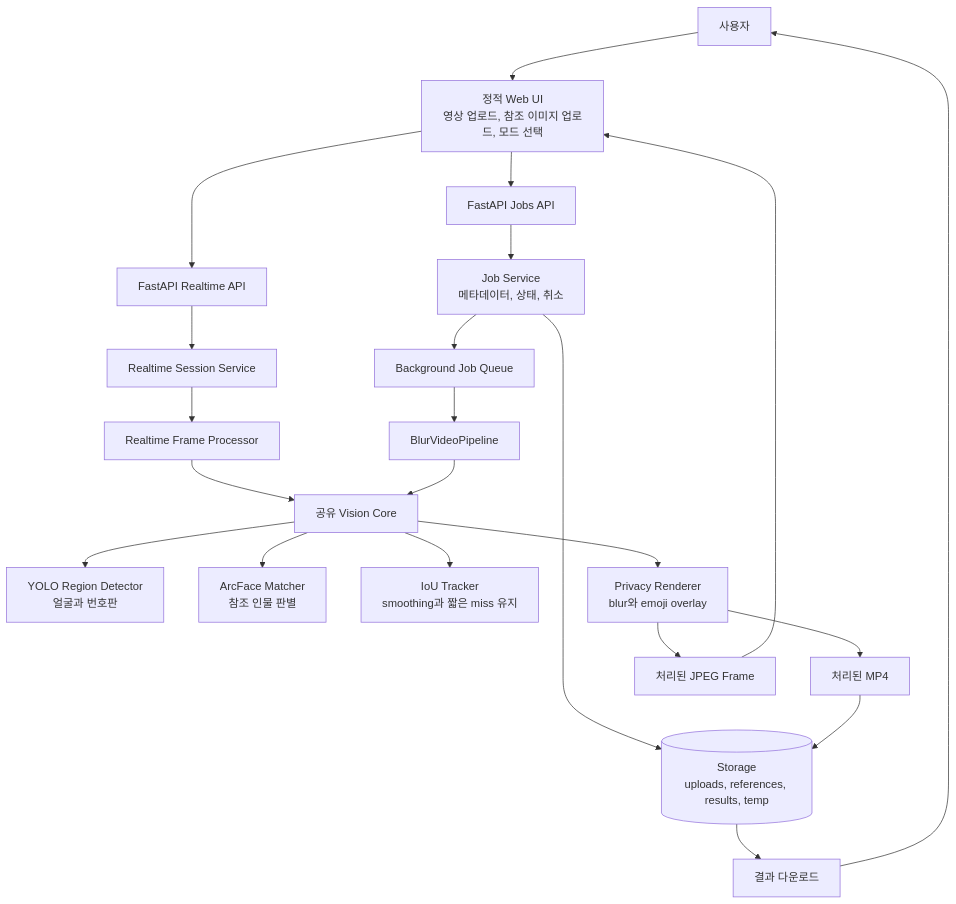
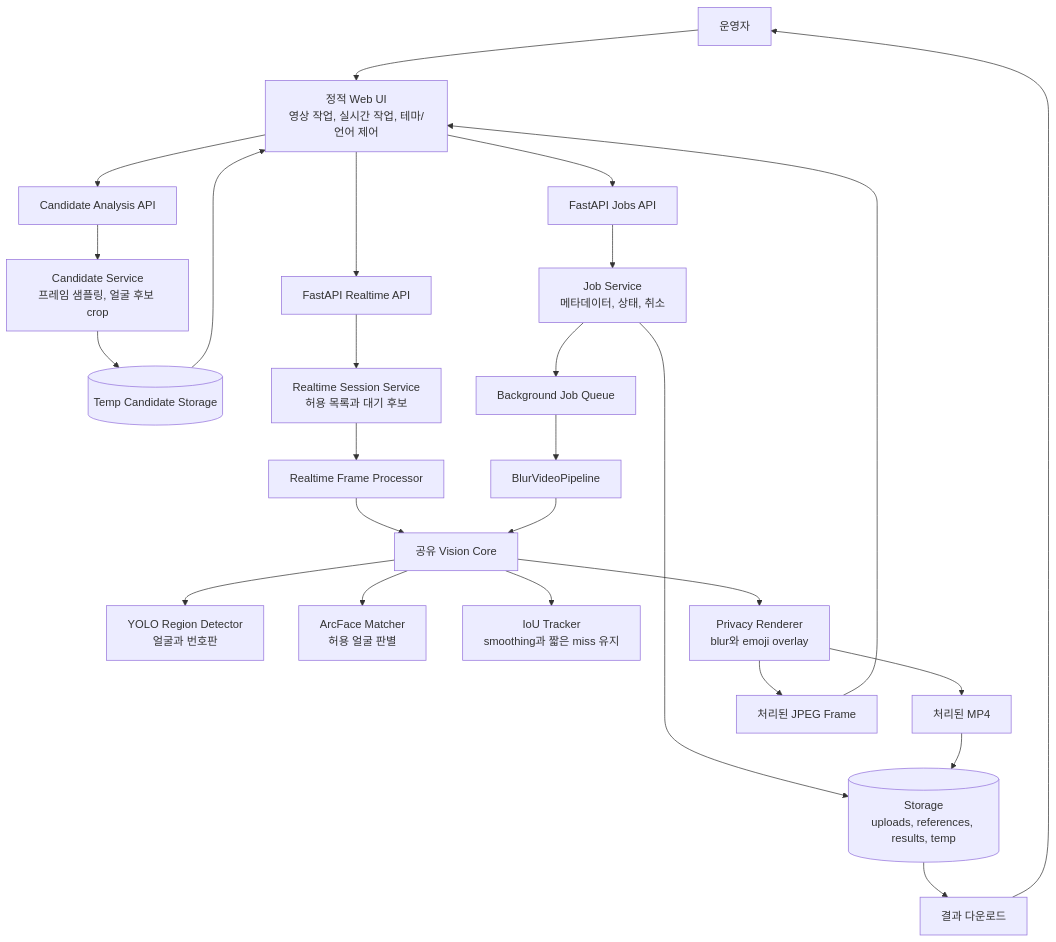
The diagram in README.ko.md (iamdbstjd/Deepdetect), drawn with Mermaid before and after one commit. The commit also changed other lines of this file and 6 other files, not shown here.

````diff
--- a/README.ko.md
+++ b/README.ko.md
@@ -48,29 +56,33 @@
 ```mermaid
 flowchart TD
-    User[사용자] --> WebUI[정적 Web UI<br/>영상 업로드, 참조 이미지 업로드, 모드 선택]
+    User[운영자] --> WebUI[정적 Web UI<br/>영상 작업, 실시간 작업, 테마/언어 제어]
+    WebUI --> CandidateAPI[Candidate Analysis API]
     WebUI --> JobsAPI[FastAPI Jobs API]
     WebUI --> RealtimeAPI[FastAPI Realtime API]
 
+    CandidateAPI --> CandidateService[Candidate Service<br/>프레임 샘플링, 얼굴 후보 crop]
+    CandidateService --> TempStorage[(Temp Candidate Storage)]
+    TempStorage --> WebUI
     JobsAPI --> JobService[Job Service<br/>메타데이터, 상태, 취소]
     JobService --> Queue[Background Job Queue]
     Queue --> Pipeline[BlurVideoPipeline]
 
-    RealtimeAPI --> RealtimeSession[Realtime Session Service]
+    RealtimeAPI --> RealtimeSession[Realtime Session Service<br/>허용 목록과 대기 후보]
     RealtimeSession --> FrameProcessor[Realtime Frame Processor]
     FrameProcessor --> VisionCore[공유 Vision Core]
     Pipeline --> VisionCore
 
     VisionCore --> Detector[YOLO Region Detector<br/>얼굴과 번호판]
-    VisionCore --> Matcher[ArcFace Matcher<br/>참조 인물 판별]
+    VisionCore --> Matcher[ArcFace Matcher<br/>허용 얼굴 판별]
     VisionCore --> Tracker[IoU Tracker<br/>smoothing과 짧은 miss 유지]
     VisionCore --> Renderer[Privacy Renderer<br/>blur와 emoji overlay]
 
     Renderer --> OutputVideo[처리된 MP4]
     Renderer --> OutputFrame[처리된 JPEG Frame]
 
     JobService --> Storage[(Storage<br/>uploads, references, results, temp)]
     OutputVideo --> Storage
     Storage --> Download[결과 다운로드]
     Download --> User
     OutputFrame --> WebUI
 ```
````
